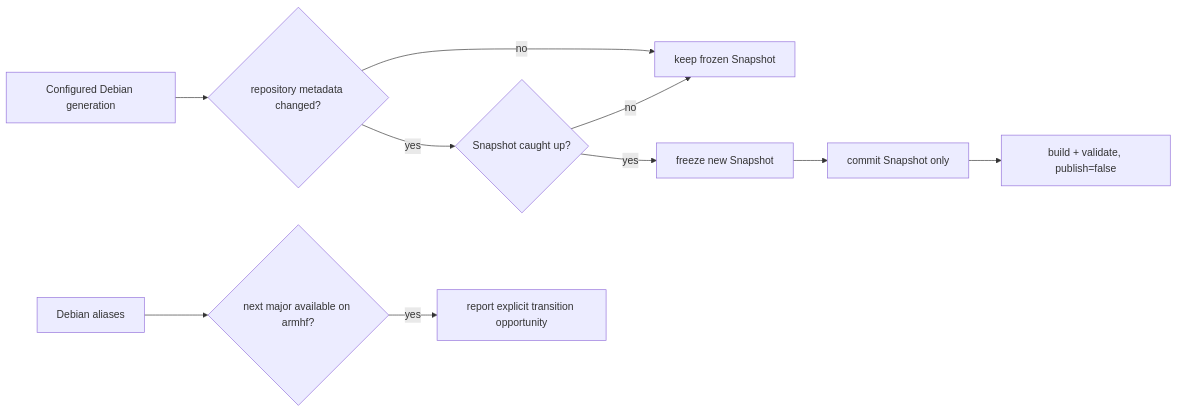
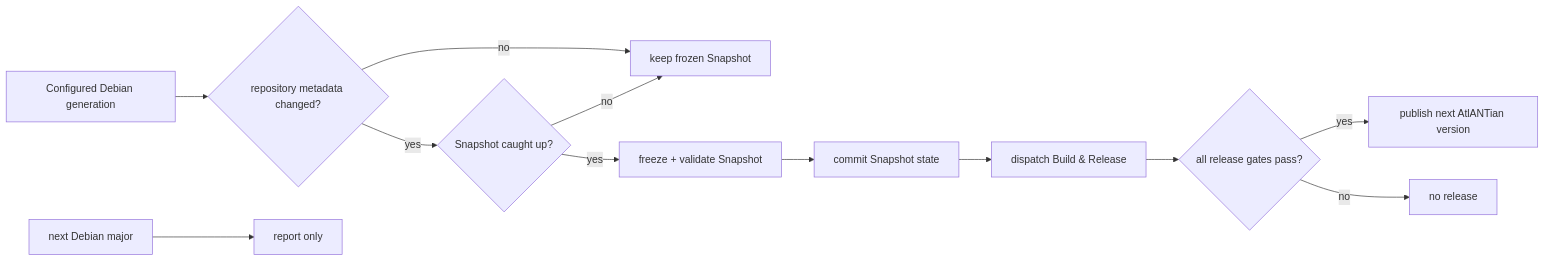
Before and after one commit to BlackF1re/atlant: the diagram in docs/DEBIAN-LIFECYCLE.md, drawn with Mermaid. The commit also changed other lines of this file and 9 other files, not shown here.

````diff
--- a/docs/DEBIAN-LIFECYCLE.md
+++ b/docs/DEBIAN-LIFECYCLE.md
@@ -31,12 +42,14 @@
 ```mermaid
 flowchart LR
     A[Configured Debian generation] --> B{repository metadata changed?}
     B -- no --> C[keep frozen Snapshot]
     B -- yes --> D{Snapshot caught up?}
     D -- no --> C
-    D -- yes --> E[freeze new Snapshot]
-    E --> F[commit Snapshot only]
-    F --> G[build + validate, publish=false]
-    H[Debian aliases] --> I{next major available on armhf?}
-    I -- yes --> J[report explicit transition opportunity]
+    D -- yes --> E[freeze + validate Snapshot]
+    E --> F[commit Snapshot state]
+    F --> G[dispatch Build & Release]
+    G --> H{all release gates pass?}
+    H -- yes --> I[publish next AtlANTian version]
+    H -- no --> J[no release]
+    K[next Debian major] --> L[report only]
 ```
````
